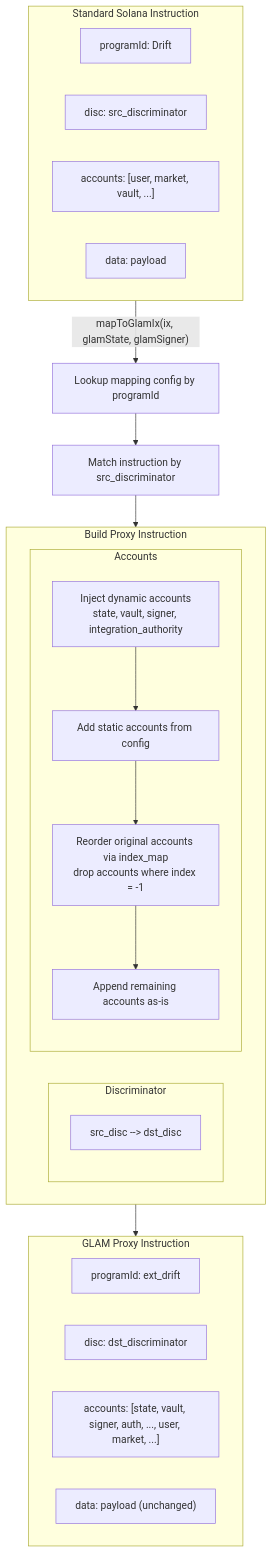
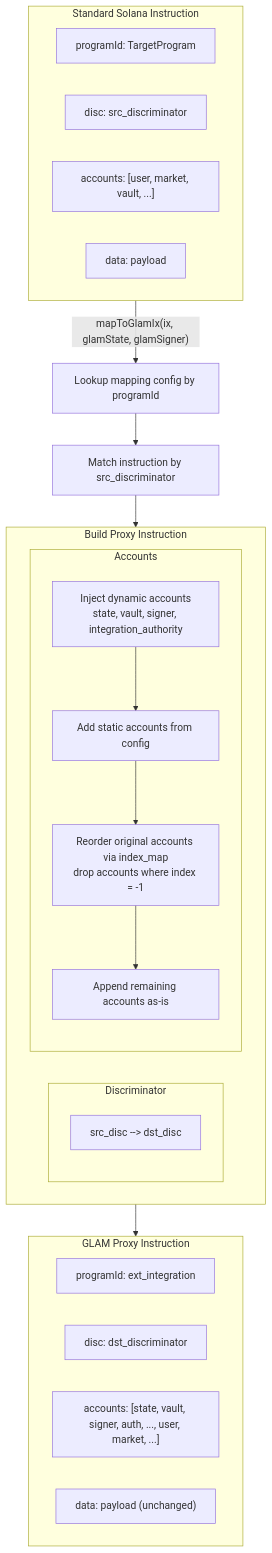
Before and after one commit to glamsystems/glam-skill: the diagram in references/sdk/ix-mapper.md, drawn with Mermaid. The commit also changed 12 other files, not shown here.

````diff
--- a/references/sdk/ix-mapper.md
+++ b/references/sdk/ix-mapper.md
@@ -83,40 +83,40 @@
 ```mermaid
 flowchart TD
     subgraph input["Standard Solana Instruction"]
         direction LR
-        I1["programId: Drift"]
+        I1["programId: TargetProgram"]
         I2["disc: src_discriminator"]
         I3["accounts: [user, market, vault, ...]"]
         I4["data: payload"]
     end
 
     input -->|"mapToGlamIx(ix, glamState, glamSigner)"| lookup
 
     lookup["Lookup mapping config by programId"] --> match
     match["Match instruction by src_discriminator"] --> transform
 
     subgraph transform["Build Proxy Instruction"]
         direction LR
         subgraph disc["Discriminator"]
             T1["src_disc --> dst_disc"]
         end
         subgraph accounts["Accounts"]
             direction TB
             T2["Inject dynamic accounts<br/>state, vault, signer, integration_authority"]
             T3["Add static accounts from config"]
             T4["Reorder original accounts via index_map<br/>drop accounts where index = -1"]
             T5["Append remaining accounts as-is"]
             T2 --> T3 --> T4 --> T5
         end
     end
 
     transform --> output
 
     subgraph output["GLAM Proxy Instruction"]
         direction LR
-        O1["programId: ext_drift"]
+        O1["programId: ext_integration"]
         O2["disc: dst_discriminator"]
         O3["accounts: [state, vault, signer, auth, ..., user, market, ...]"]
         O4["data: payload (unchanged)"]
     end
 ```
````
